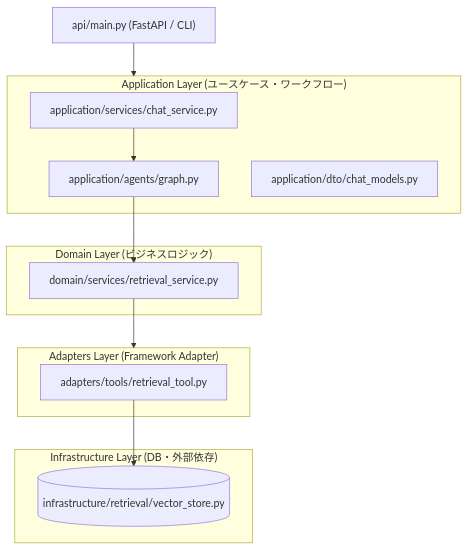
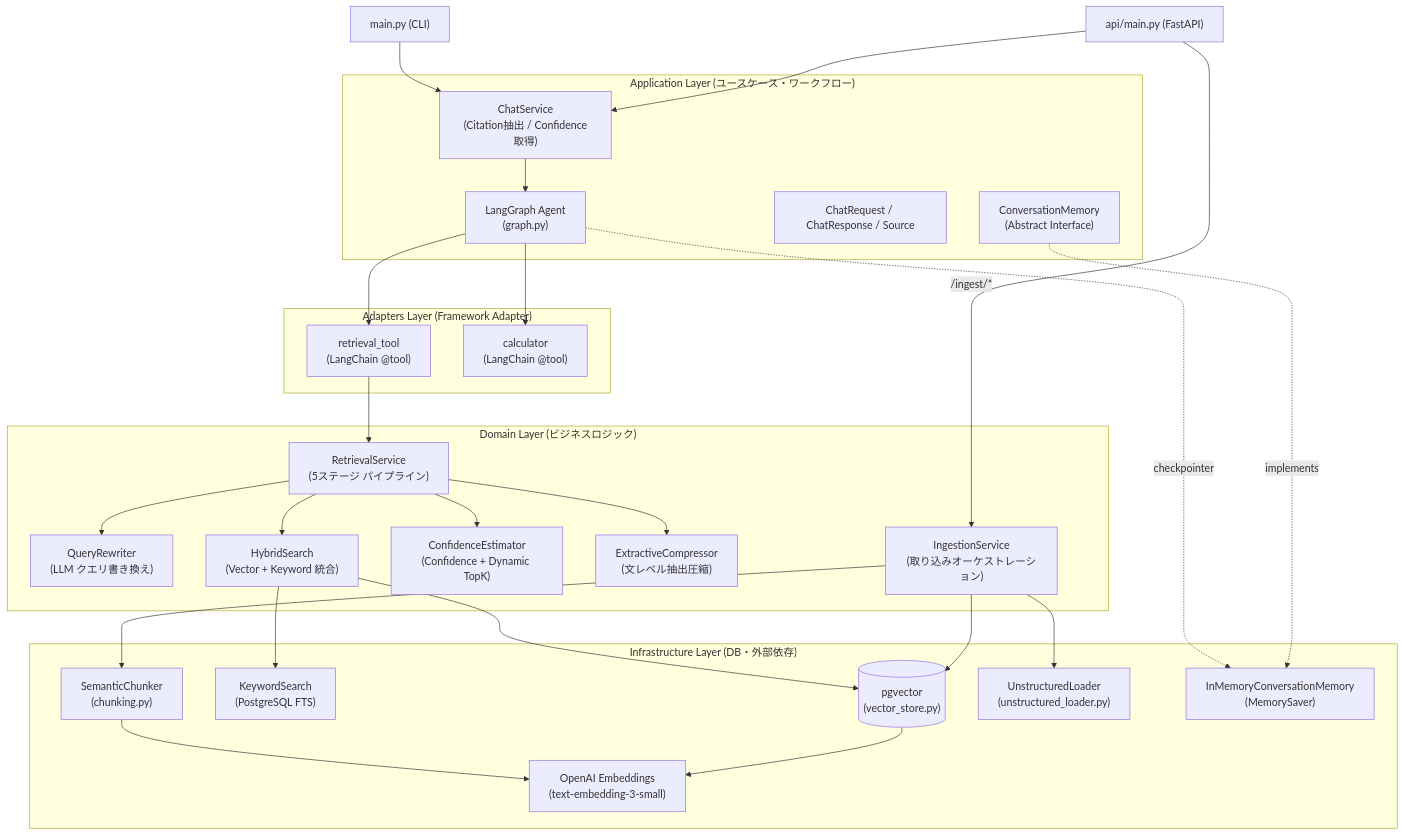
One commit to mlprototype/ai-agent-rag changed the first of 5 diagrams in README.md. Above: the diagram before and after it, drawn with Mermaid. The commit also changed other lines of this file and 70 other files, not shown here.

````diff
--- a/README.md
+++ b/README.md
@@ -35,28 +64,56 @@
 ```mermaid
 flowchart TD
-    API["api/main.py (FastAPI / CLI)"]
+    CLI["main.py (CLI)"]
+    API["api/main.py (FastAPI)"]
     
     subgraph Application ["Application Layer (ユースケース・ワークフロー)"]
-        ChatService["application/services/chat_service.py"]
-        Agent["application/agents/graph.py"]
-        DTO["application/dto/chat_models.py"]
+        ChatService["ChatService\n(Citation抽出 / Confidence取得)"]
+        Agent["LangGraph Agent\n(graph.py)"]
+        DTO["ChatRequest / ChatResponse / Source"]
+        Memory_IF["ConversationMemory\n(Abstract Interface)"]
     end
     
     subgraph Domain ["Domain Layer (ビジネスロジック)"]
-        RetrievalService["domain/services/retrieval_service.py"]
+        RetrievalService["RetrievalService\n(5ステージ パイプライン)"]
+        QueryRewriter["QueryRewriter\n(LLM クエリ書き換え)"]
+        HybridSearch["HybridSearch\n(Vector + Keyword 統合)"]
+        ConfEstimator["ConfidenceEstimator\n(Confidence + Dynamic TopK)"]
+        Compressor["ExtractiveCompressor\n(文レベル抽出圧縮)"]
+        IngestionService["IngestionService\n(取り込みオーケストレーション)"]
     end
     
     subgraph Adapters ["Adapters Layer (Framework Adapter)"]
-        Tool["adapters/tools/retrieval_tool.py"]
+        RetrievalTool["retrieval_tool\n(LangChain @tool)"]
+        Calculator["calculator\n(LangChain @tool)"]
     end
     
     subgraph Infrastructure ["Infrastructure Layer (DB・外部依存)"]
-        DB[("infrastructure/retrieval/vector_store.py")]
+        VectorStore[("pgvector\n(vector_store.py)")]
+        KeywordSearchDB["KeywordSearch\n(PostgreSQL FTS)"]
+        Embedding["OpenAI Embeddings\n(text-embedding-3-small)"]
+        Chunker["SemanticChunker\n(chunking.py)"]
+        Loader["UnstructuredLoader\n(unstructured_loader.py)"]
+        MemoryImpl["InMemoryConversationMemory\n(MemorySaver)"]
     end
 
-    API --> Application
+    CLI --> ChatService
+    API --> ChatService
+    API -->|"/ingest/*"| IngestionService
     ChatService --> Agent
-    Agent --> RetrievalService
-    RetrievalService --> Adapters
-    Tool --> DB
+    Agent --> RetrievalTool
+    Agent --> Calculator
+    RetrievalTool --> RetrievalService
+    RetrievalService --> QueryRewriter
+    RetrievalService --> HybridSearch
+    RetrievalService --> ConfEstimator
+    RetrievalService --> Compressor
+    HybridSearch --> VectorStore
+    HybridSearch --> KeywordSearchDB
+    IngestionService --> Loader
+    IngestionService --> Chunker
+    Chunker --> Embedding
+    IngestionService --> VectorStore
+    Agent -.->|checkpointer| MemoryImpl
+    Memory_IF -.->|implements| MemoryImpl
+    VectorStore --> Embedding
 ```
````
